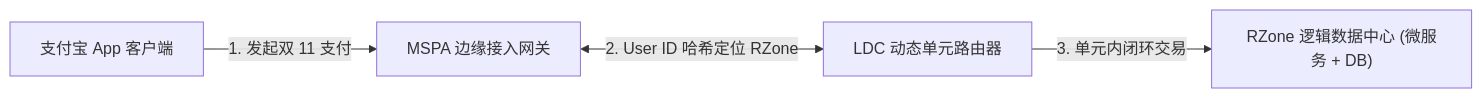
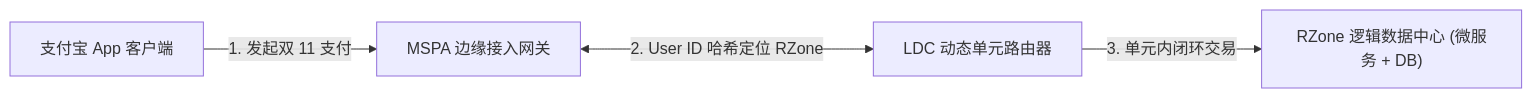
The third of 6 diagrams in docs/atlas/alipay.mdx (koosai/AI-Architect-Learning), drawn with Mermaid before and after one commit. The commit also changed other lines of this file and 68 other files, not shown here.

Commit message:
fix(atlas): fix browser client-side Mermaid rendering for mindmaps and flowcharts across 67 case studies

````diff
--- a/docs/atlas/alipay.mdx
+++ b/docs/atlas/alipay.mdx
@@ -122,6 +122,6 @@
 ```mermaid
 graph LR
   ClientApp["支付宝 App 客户端"] -->|1. 发起双 11 支付| EntryRouter["MSPA 边缘接入网关"]
-  EntryRouter <-->|2. User ID 哈希定位 RZone| LDCRouter["LDC 动态单元路由器"]
+  EntryRouter <--->|2. User ID 哈希定位 RZone| LDCRouter["LDC 动态单元路由器"]
   LDCRouter -->|3. 单元内闭环交易| RZoneNode["RZone 逻辑数据中心 (微服务 + DB)"]
 ```
````
